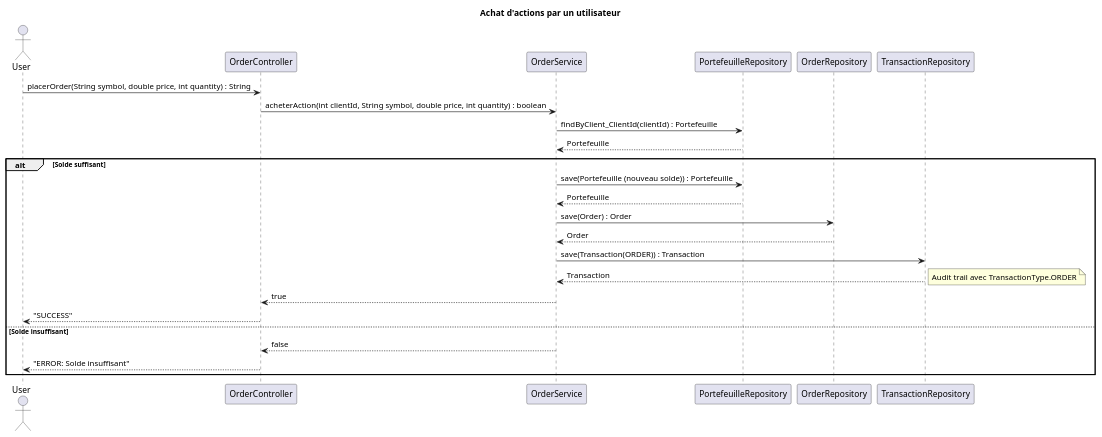
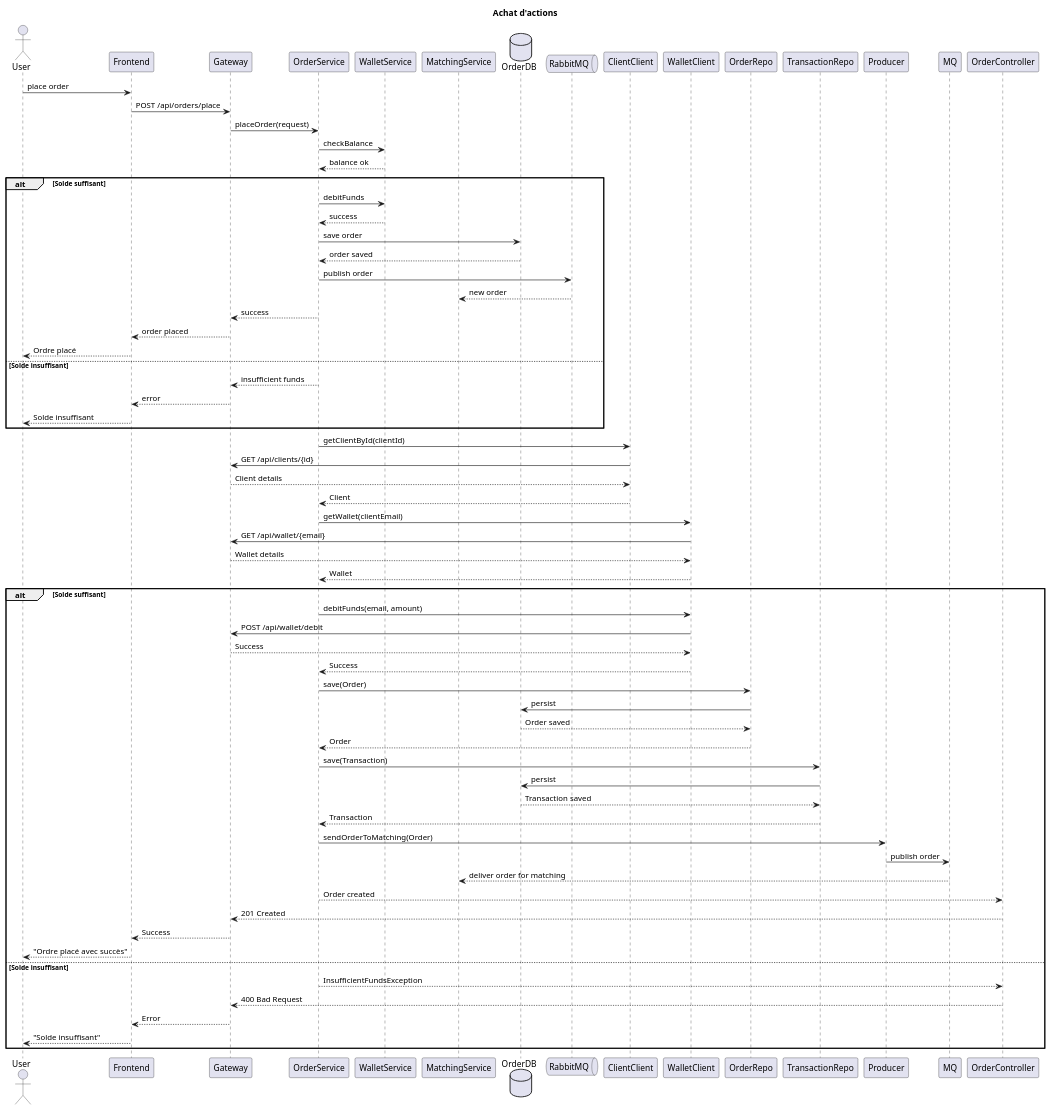
The diagram in docs/views/cu05_seq1.puml (primika27/BrokerX-phase2-micorservices-), drawn with PlantUML before and after one commit. The commit also changed 37 other files, not shown here.

Commit message:
ajout de diagram +adr+

```diff
--- a/docs/views/cu05_seq1.puml
+++ b/docs/views/cu05_seq1.puml
@@ -1,30 +1,78 @@
-@startuml
+@startuml cu05_seq1
+title Achat d'actions
+
 actor User
+participant Frontend
+participant Gateway
+participant OrderService
+participant WalletService
+participant MatchingService
+database OrderDB
+queue RabbitMQ
 
-title Achat d'actions par un utilisateur
+User -> Frontend: place order
+Frontend -> Gateway: POST /api/orders/place
+Gateway -> OrderService: placeOrder(request)
 
-User -> OrderController : placerOrder(String symbol, double price, int quantity) : String
-OrderController -> OrderService : acheterAction(int clientId, String symbol, double price, int quantity) : boolean
-
-OrderService -> PortefeuilleRepository : findByClient_ClientId(clientId) : Portefeuille
-PortefeuilleRepository --> OrderService : Portefeuille
+OrderService -> WalletService: checkBalance
+WalletService --> OrderService: balance ok
 
 alt Solde suffisant
-    OrderService -> PortefeuilleRepository : save(Portefeuille (nouveau solde)) : Portefeuille
-    PortefeuilleRepository --> OrderService : Portefeuille
+    OrderService -> WalletService: debitFunds
+    WalletService --> OrderService: success
+    OrderService -> OrderDB: save order
+    OrderDB --> OrderService: order saved
+    OrderService -> RabbitMQ: publish order
+    RabbitMQ --> MatchingService: new order
+    OrderService --> Gateway: success
+    Gateway --> Frontend: order placed
+    Frontend --> User: Ordre placé
+else Solde insuffisant
+    OrderService --> Gateway: insufficient funds
+    Gateway --> Frontend: error
+    Frontend --> User: Solde insuffisant
+end
 
-    OrderService -> OrderRepository : save(Order) : Order
-    OrderRepository --> OrderService : Order
+OrderService -> ClientClient : getClientById(clientId)
+ClientClient -> Gateway : GET /api/clients/{id}
+Gateway --> ClientClient : Client details
+ClientClient --> OrderService : Client
 
-    OrderService -> TransactionRepository : save(Transaction(ORDER)) : Transaction
-    TransactionRepository --> OrderService : Transaction
-    note right : Audit trail avec TransactionType.ORDER
+OrderService -> WalletClient : getWallet(clientEmail)
+WalletClient -> Gateway : GET /api/wallet/{email}
+Gateway --> WalletClient : Wallet details
+WalletClient --> OrderService : Wallet
 
-    OrderService --> OrderController : true
-    OrderController --> User : "SUCCESS"
+alt Solde suffisant
+    OrderService -> WalletClient : debitFunds(email, amount)
+    WalletClient -> Gateway : POST /api/wallet/debit
+    Gateway --> WalletClient : Success
+    WalletClient --> OrderService : Success
+    
+    OrderService -> OrderRepo : save(Order)
+    OrderRepo -> OrderDB : persist
+    OrderDB --> OrderRepo : Order saved
+    OrderRepo --> OrderService : Order
+    
+    OrderService -> TransactionRepo : save(Transaction)
+    TransactionRepo -> OrderDB : persist
+    OrderDB --> TransactionRepo : Transaction saved
+    TransactionRepo --> OrderService : Transaction
+    
+    OrderService -> Producer : sendOrderToMatching(Order)
+    Producer -> MQ : publish order
+    MQ --> MatchingService : deliver order for matching
+    
+    OrderService --> OrderController : Order created
+    OrderController --> Gateway : 201 Created
+    Gateway --> Frontend : Success
+    Frontend --> User : "Ordre placé avec succès"
+
 else Solde insuffisant
-    OrderService --> OrderController : false
-    OrderController --> User : "ERROR: Solde insuffisant"
+    OrderService --> OrderController : InsufficientFundsException
+    OrderController --> Gateway : 400 Bad Request
+    Gateway --> Frontend : Error
+    Frontend --> User : "Solde insuffisant"
 end
 
 @enduml
```
